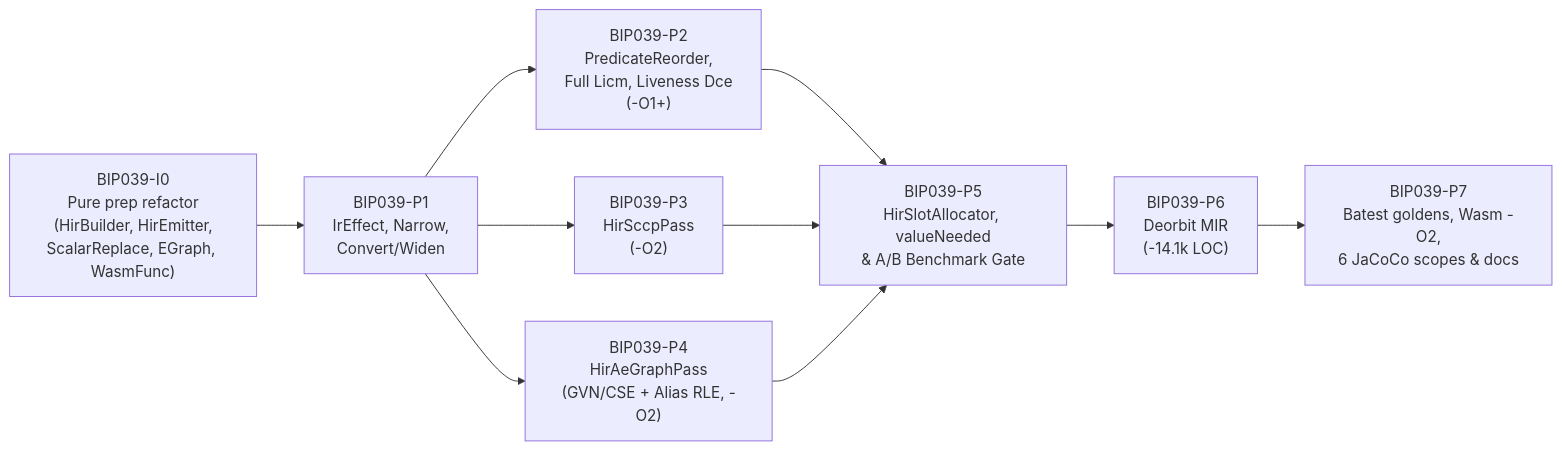
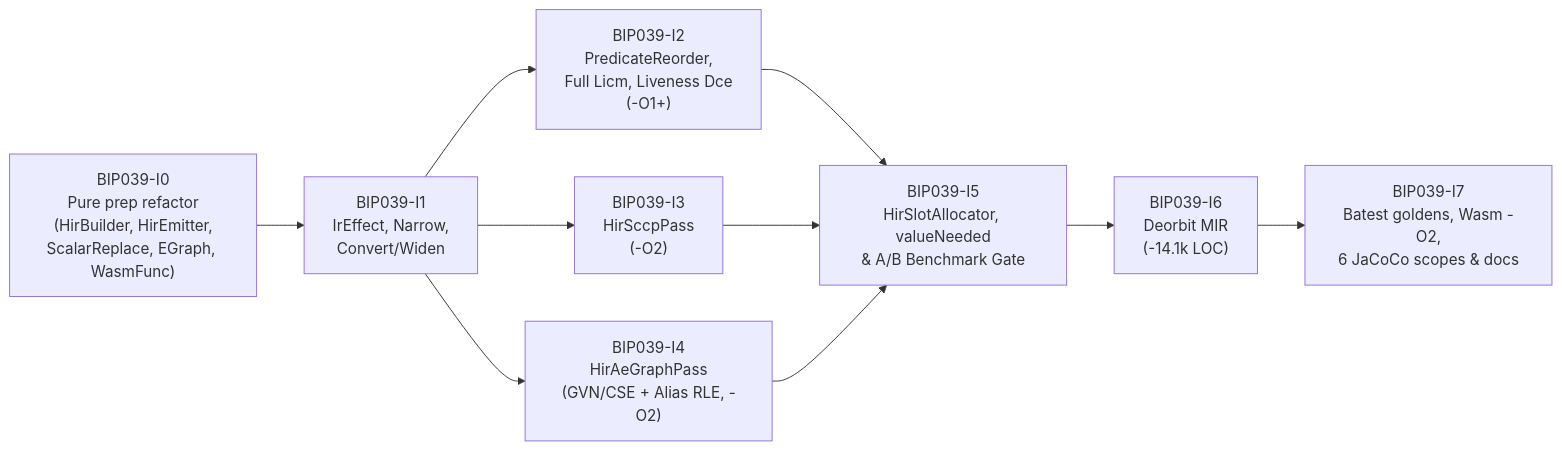
Before and after one commit to nlehuen/babble: the second of 2 diagrams in docs/design/bip039_mir-deorbitation.md, drawn with Mermaid. The commit also changed other lines of this file and 93 other files, not shown here.

Commit message:
BIP039 : implement P7 Wasm -O2, migrate compiler goldens, update 6 JaCoCo scopes and docs

````diff
--- a/docs/design/bip039_mir-deorbitation.md
+++ b/docs/design/bip039_mir-deorbitation.md
@@ -282,12 +282,12 @@
 ```mermaid
 flowchart LR
-    P0["BIP039-I0\nPure prep refactor\n(HirBuilder, HirEmitter,\nScalarReplace, EGraph, WasmFunc)"] --> P1["BIP039-P1\nIrEffect, Narrow,\nConvert/Widen"]
-    P1 --> P2["BIP039-P2\nPredicateReorder,\nFull Licm, Liveness Dce\n(-O1+)"]
-    P1 --> P3["BIP039-P3\nHirSccpPass\n(-O2)"]
-    P1 --> P4["BIP039-P4\nHirAeGraphPass\n(GVN/CSE + Alias RLE, -O2)"]
-    P2 --> P5["BIP039-P5\nHirSlotAllocator, valueNeeded\n& A/B Benchmark Gate"]
+    P0["BIP039-I0\nPure prep refactor\n(HirBuilder, HirEmitter,\nScalarReplace, EGraph, WasmFunc)"] --> P1["BIP039-I1\nIrEffect, Narrow,\nConvert/Widen"]
+    P1 --> P2["BIP039-I2\nPredicateReorder,\nFull Licm, Liveness Dce\n(-O1+)"]
+    P1 --> P3["BIP039-I3\nHirSccpPass\n(-O2)"]
+    P1 --> P4["BIP039-I4\nHirAeGraphPass\n(GVN/CSE + Alias RLE, -O2)"]
+    P2 --> P5["BIP039-I5\nHirSlotAllocator, valueNeeded\n& A/B Benchmark Gate"]
     P3 --> P5
     P4 --> P5
-    P5 --> P6["BIP039-P6\nDeorbit MIR\n(-14.1k LOC)"]
-    P6 --> P7["BIP039-P7\nBatest goldens, Wasm -O2,\n6 JaCoCo scopes & docs"]
+    P5 --> P6["BIP039-I6\nDeorbit MIR\n(-14.1k LOC)"]
+    P6 --> P7["BIP039-I7\nBatest goldens, Wasm -O2,\n6 JaCoCo scopes & docs"]
 ```
````
